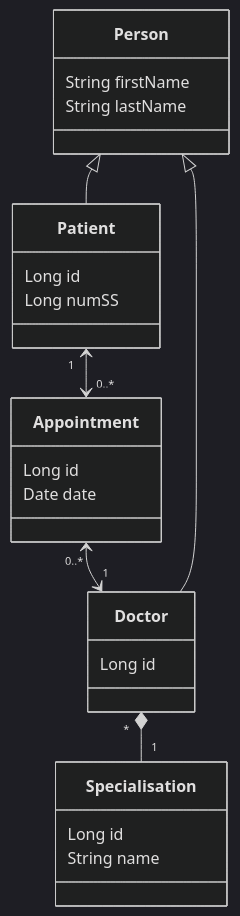
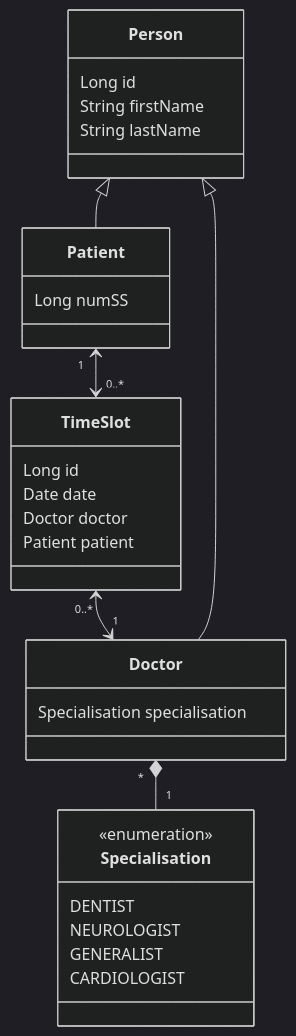
One commit to barais/tpjpa2024 changed the diagram in README.md. Above: the diagram before and after it, drawn with Mermaid (dark theme).

````diff
--- a/README.md
+++ b/README.md
@@ -31,33 +31,37 @@
 ```mermaid
 classDiagram
-    Patient "1" <--> "0..*" Appointment  
-    Appointment "0..*" <--> "1" Doctor
+    Patient "1" <--> "0..*" TimeSlot  
+    TimeSlot "0..*" <--> "1" Doctor
     Doctor "*" *-- "1" Specialisation
     Person <|-- Patient
     Person <|-- Doctor
 
     class Person {
+       Long id
        String firstName    
        String lastName
     }
 
     class Patient {
-        Long id
         Long numSS
     }
 
     class Specialisation {
-        Long id
-        String name
+        <<enumeration>>
+        DENTIST
+        NEUROLOGIST
+        GENERALIST
+        CARDIOLOGIST
     }
 
     class Doctor {
-        Long id
+        Specialisation specialisation
     }
 
-    class Appointment {
+    class TimeSlot {
         Long id
         Date date
+        Doctor doctor
+        Patient patient
     }
-
 ```
````
